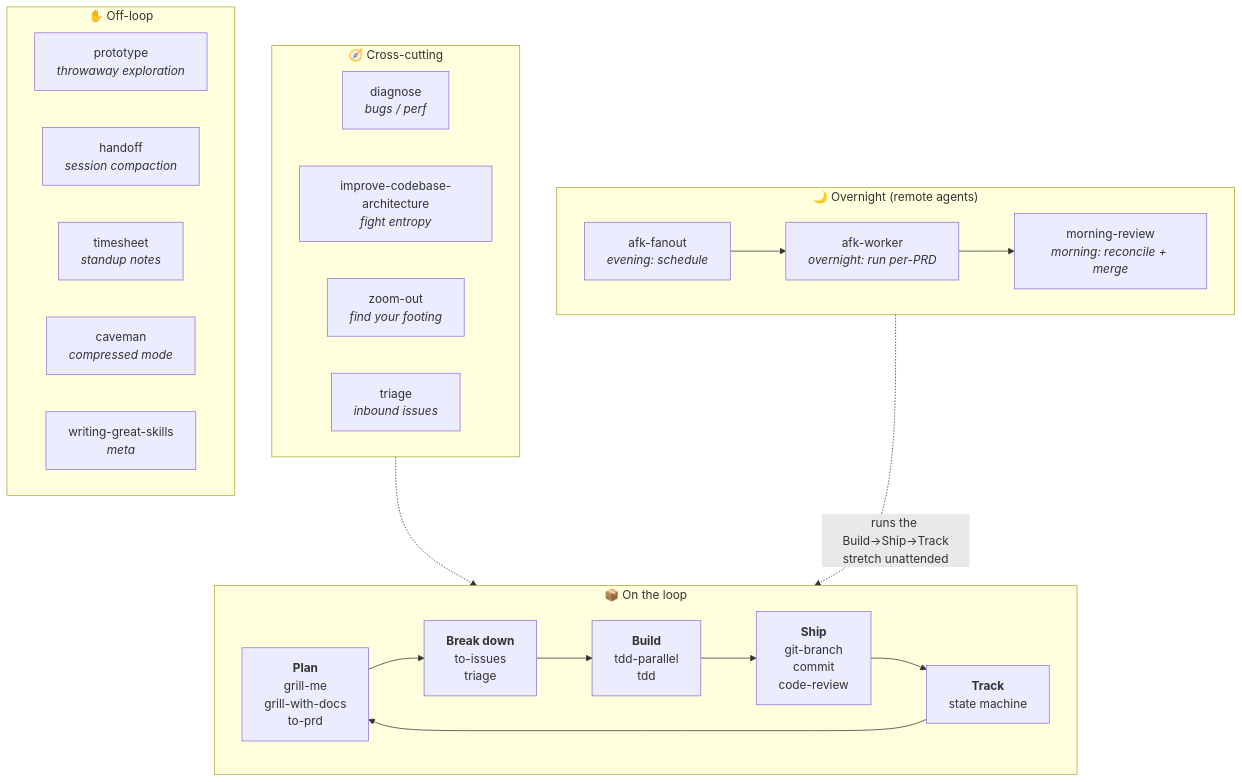
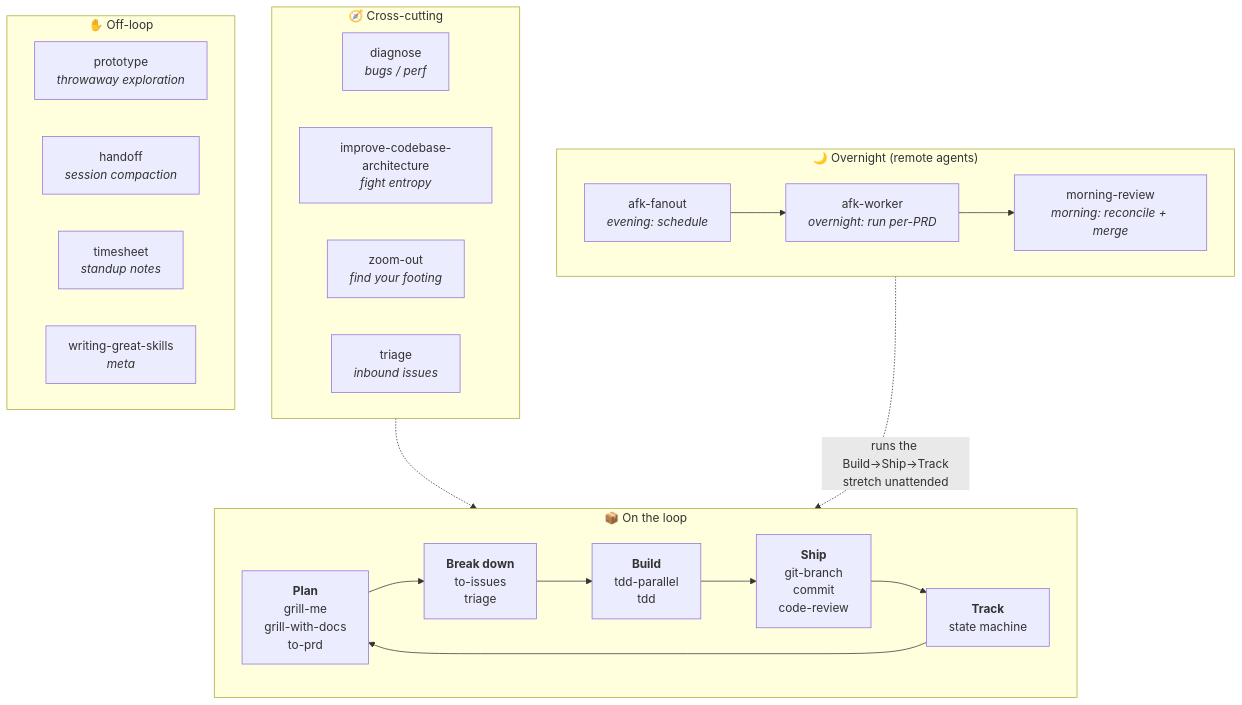
One commit to ZunoSmartLabs/zsl-superpowers changed the second of 9 diagrams in docs/workflow.md. Above: the diagram before and after it, drawn with Mermaid. The commit also changed other lines of this file and 10 other files, not shown here.

````diff
--- a/docs/workflow.md
+++ b/docs/workflow.md
@@ -44,33 +44,32 @@
 ```mermaid
 flowchart TB
     subgraph loop["📦 On the loop"]
         direction LR
         a["`**Plan**<br/>grill-me<br/>grill-with-docs<br/>to-prd`"] --> b["`**Break down**<br/>to-issues<br/>triage`"]
         b --> c["`**Build**<br/>tdd-parallel<br/>tdd`"]
         c --> d["`**Ship**<br/>git-branch<br/>commit<br/>code-review`"]
         d --> e["`**Track**<br/>state machine`"]
         e --> a
     end
     subgraph cross["🧭 Cross-cutting"]
         direction LR
         x1["diagnose<br/><i>bugs / perf</i>"]
         x2["improve-codebase-architecture<br/><i>fight entropy</i>"]
         x3["zoom-out<br/><i>find your footing</i>"]
         x4["triage<br/><i>inbound issues</i>"]
     end
     subgraph overnight["🌙 Overnight (remote agents)"]
         direction LR
         n1["afk-fanout<br/><i>evening: schedule</i>"] --> n2["afk-worker<br/><i>overnight: run per-PRD</i>"]
         n2 --> n3["morning-review<br/><i>morning: reconcile + merge</i>"]
     end
     subgraph offloop["✋ Off-loop"]
         direction LR
         o1["prototype<br/><i>throwaway exploration</i>"]
         o2["handoff<br/><i>session compaction</i>"]
         o3["timesheet<br/><i>standup notes</i>"]
-        o4["caveman<br/><i>compressed mode</i>"]
         o5["writing-great-skills<br/><i>meta</i>"]
     end
     cross -.-> loop
     overnight -.->|"runs the Build→Ship→Track<br/>stretch unattended"| loop
 ```
````
